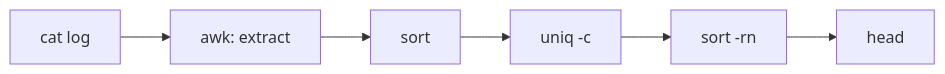
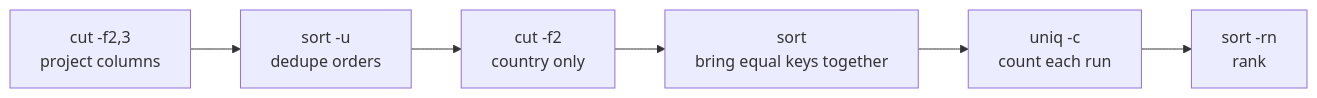
One commit to pratikguru998/ddia-book changed the fifth of 34 diagrams in docs/chapters/part-3/10-batch-processing.mdx. Above: the diagram before and after it, drawn with Mermaid. The commit also changed other lines of this file and 13 other files, not shown here.

Commit message:
Expand all 12 chapters: every book subsection, deeper notes, ~320 diagrams

````diff
--- a/docs/chapters/part-3/10-batch-processing.mdx
+++ b/docs/chapters/part-3/10-batch-processing.mdx
@@ -47,4 +149,4 @@
 ```mermaid
 flowchart LR
-  A["cat log"] --> B["awk: extract"] --> C["sort"] --> D["uniq -c"] --> E["sort -rn"] --> F["head"]
+  A["cut -f2,3<br/>project columns"] --> B["sort -u<br/>dedupe orders"] --> C["cut -f2<br/>country only"] --> D["sort<br/>bring equal keys together"] --> E["uniq -c<br/>count each run"] --> F["sort -rn<br/>rank"]
 ```
````
